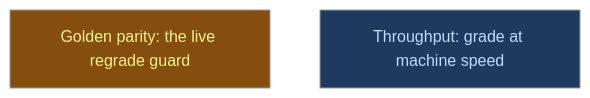
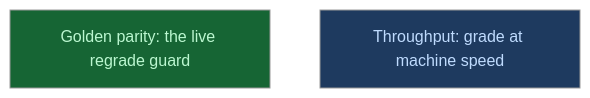
The diagram in __roadmap__/m2a-evaluation-parity/components/assembly/parity/README.md (CrackingShells/Candler), drawn with Mermaid (neutral theme) before and after one commit. The commit also changed other lines of this file and 1 other file, not shown here.

Commit message:
rdm(evaluation): mark golden_parity done
Its gates pass on the landed commits; the adversarial verifier moved to
throughput_proof by amendment A1.

````diff
--- a/__roadmap__/m2a-evaluation-parity/components/assembly/parity/README.md
+++ b/__roadmap__/m2a-evaluation-parity/components/assembly/parity/README.md
@@ -20,10 +20,10 @@
 ```mermaid
 graph TD
-    golden_parity[Golden parity: the live regrade guard]:::inprogress
+    golden_parity[Golden parity: the live regrade guard]:::done
     throughput[Throughput: grade at machine speed]:::amendment
     classDef done       fill:#166534,color:#bbf7d0
     classDef inprogress fill:#854d0e,color:#fef08a
     classDef planned    fill:#374151,color:#e5e7eb
     classDef amendment  fill:#1e3a5f,color:#bfdbfe
     classDef blocked    fill:#7f1d1d,color:#fecaca
 ```
````
